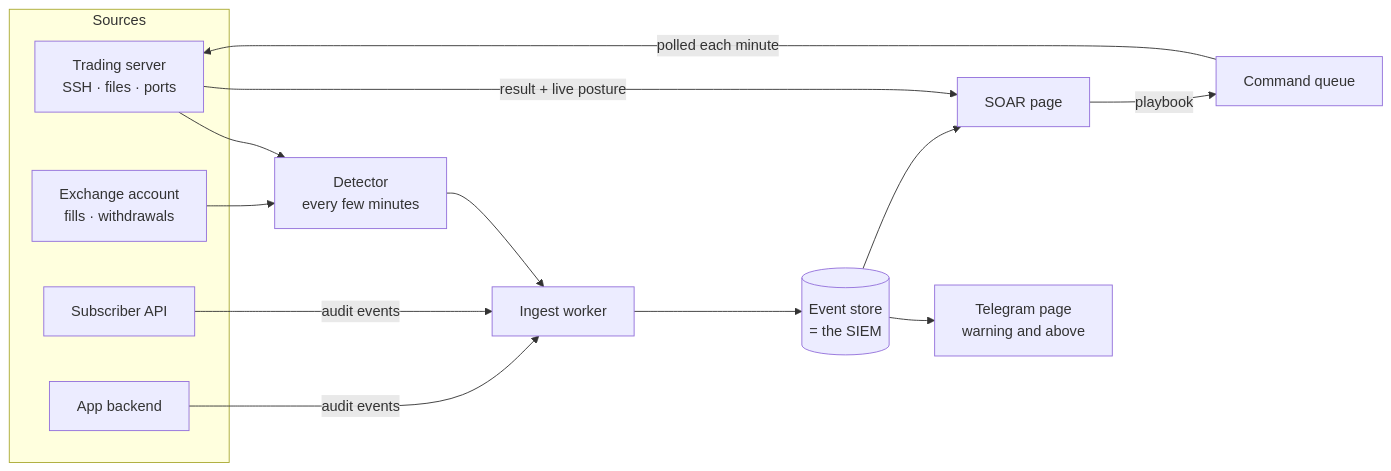
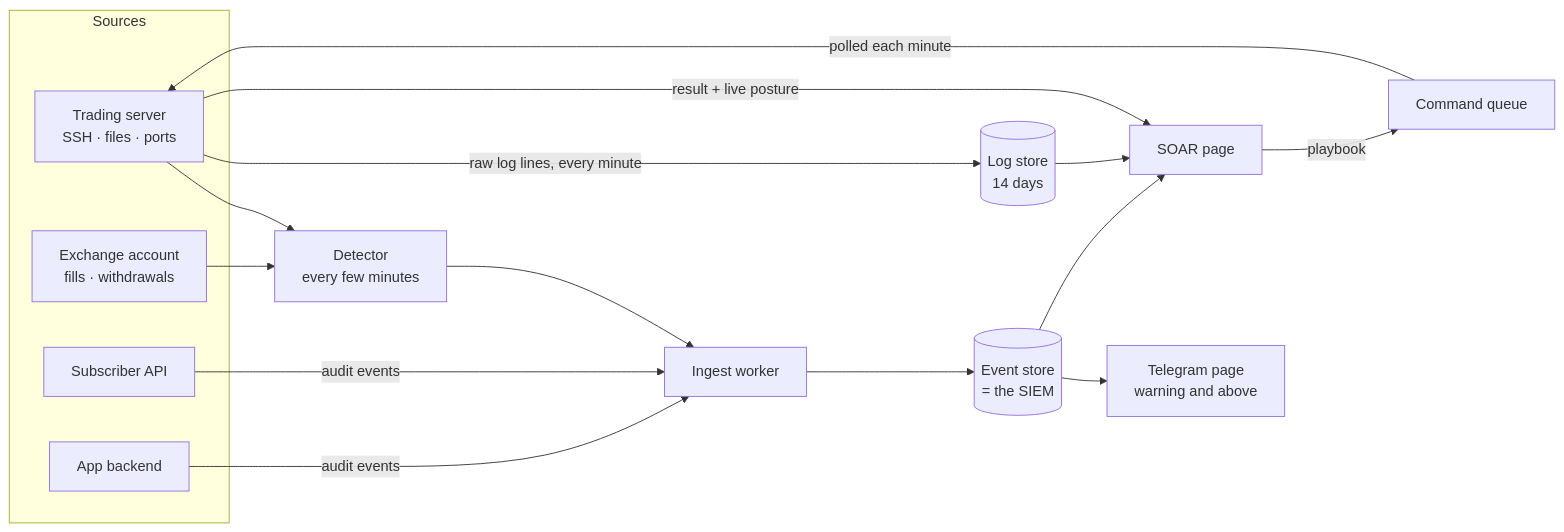
Before and after one commit to kenmwara/tbot-security: the diagram in README.md, drawn with Mermaid. The commit also changed other lines of this file and 2 other files, not shown here.

````diff
--- a/README.md
+++ b/README.md
@@ -28,20 +33,22 @@
 ```mermaid
 flowchart LR
   subgraph Sources
     D[Trading server<br/>SSH · files · ports]
     K[Exchange account<br/>fills · withdrawals]
     S[Subscriber API]
     A[App backend]
   end
   D --> W[Detector<br/>every few minutes]
   K --> W
   S -- audit events --> I[Ingest worker]
   A -- audit events --> I
   W --> I
   I --> E[(Event store<br/>= the SIEM)]
+  D -->|raw log lines, every minute| L[(Log store<br/>14 days)]
+  L --> P
   E --> T[Telegram page<br/>warning and above]
   E --> P[SOAR page]
   P -- playbook --> Q[Command queue]
   Q -- polled each minute --> D
   D -- result + live posture --> P
 ```
````
